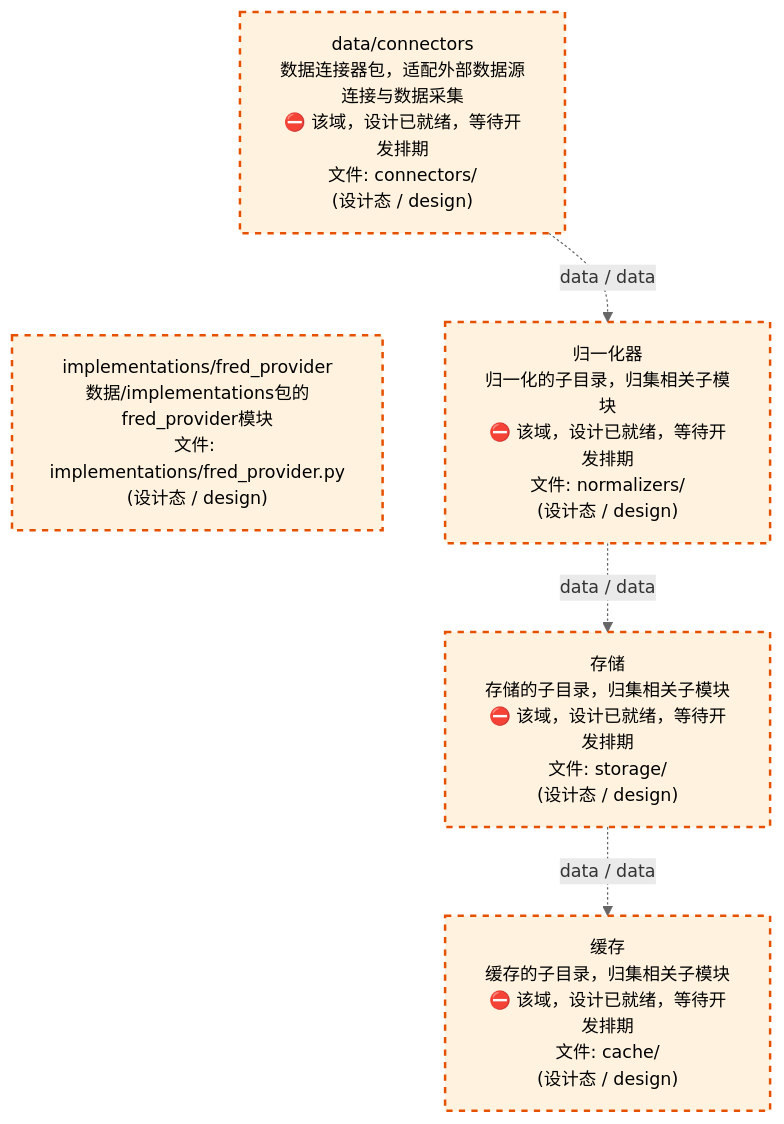
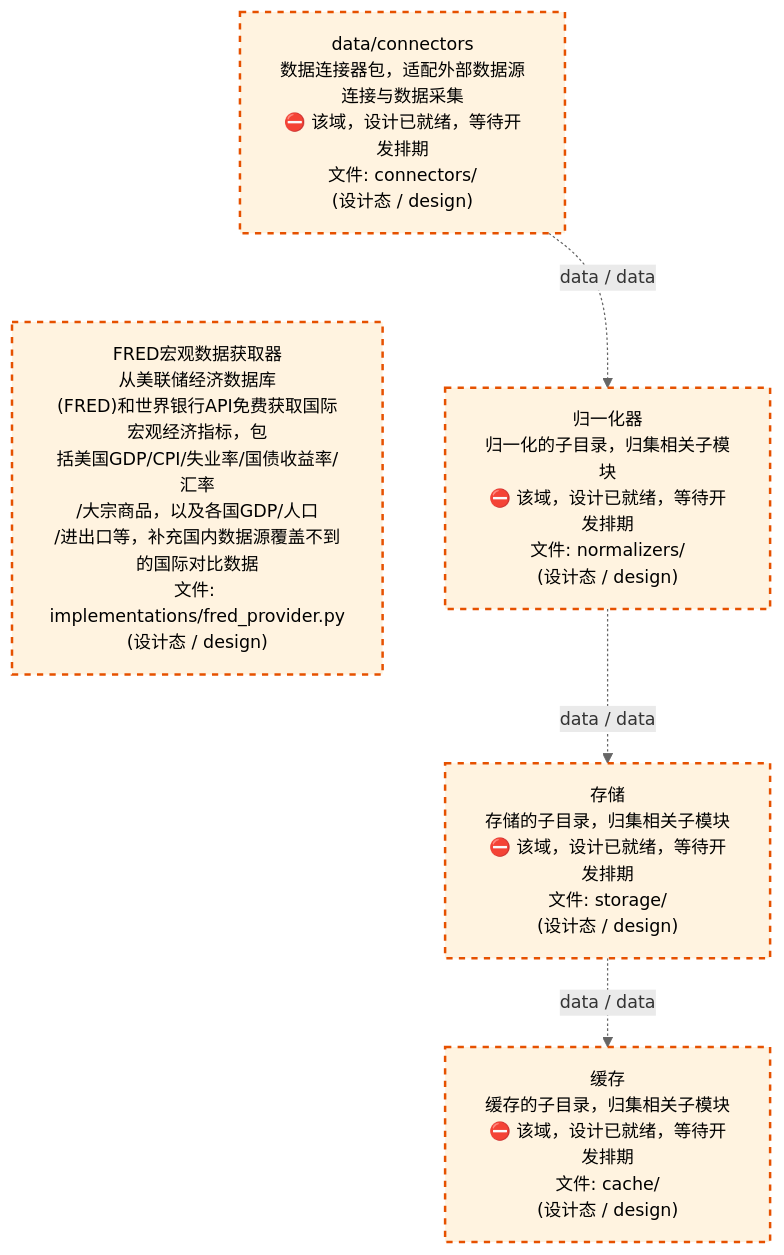
The third of 4 diagrams in docs/02_enterprise_architecture/02_domain_architecture_docs/11_d_data.md (xuanFelixVan/ZephyrAlpha), drawn with Mermaid before and after one commit. The commit also changed other lines of this file and 157 other files, not shown here.

````diff
--- a/docs/02_enterprise_architecture/02_domain_architecture_docs/11_d_data.md
+++ b/docs/02_enterprise_architecture/02_domain_architecture_docs/11_d_data.md
@@ -1330,18 +1330,18 @@
 ```mermaid
 %%{init: {'theme': 'base', 'themeVariables': {'primaryColor': '#eaeaea', 'primaryTextColor': '#333333', 'primaryBorderColor': '#666666', 'lineColor': '#666666', 'secondaryColor': '#eaeaea', 'tertiaryColor': '#eaeaea', 'fontSize': '14px'}}}%%
 flowchart TD
     src_zephyr_data_connectors["data/connectors<br/>数据连接器包，适配外部数据源连接与数据采集<br/>⛔ 该域，设计已就绪，等待开发排期<br/>文件: connectors/<br/>(设计态 / design)"]
-    src_zephyr_data_implementations_fred_provider_py["implementations/fred_provider<br/>数据/implementations包的fred_provider模块<br/>文件: implementations/fred_provider.py<br/>(设计态 / design)"]
+    src_zephyr_data_implementations_fred_provider_py["FRED宏观数据获取器<br/>从美联储经济数据库<br/>(FRED)和世界银行API免费获取国际宏观经济指标，包<br/>括美国GDP/CPI/失业率/国债收益率/汇率<br/>/大宗商品，以及各国GDP/人口<br/>/进出口等，补充国内数据源覆盖不到的国际对比数据<br/>文件: implementations/fred_provider.py<br/>(设计态 / design)"]
     src_zephyr_data_connectors ~~~ src_zephyr_data_implementations_fred_provider_py
     src_zephyr_data_normalizers["归一化器<br/>归一化的子目录，归集相关子模块<br/>⛔ 该域，设计已就绪，等待开发排期<br/>文件: normalizers/<br/>(设计态 / design)"]
     src_zephyr_data_storage["存储<br/>存储的子目录，归集相关子模块<br/>⛔ 该域，设计已就绪，等待开发排期<br/>文件: storage/<br/>(设计态 / design)"]
     src_zephyr_data_cache["缓存<br/>缓存的子目录，归集相关子模块<br/>⛔ 该域，设计已就绪，等待开发排期<br/>文件: cache/<br/>(设计态 / design)"]
     src_zephyr_data_connectors -.->|data / data| src_zephyr_data_normalizers
     src_zephyr_data_normalizers -.->|data / data| src_zephyr_data_storage
     src_zephyr_data_storage -.->|data / data| src_zephyr_data_cache
     classDef production fill:#e1f5fe,stroke:#01579b,stroke-width:2px,color:#000
     classDef design fill:#fff3e0,stroke:#e65100,stroke-width:2px,color:#000,stroke-dasharray: 5 5
     classDef external_prod fill:#e8f4fd,stroke:#0277bd,stroke-width:1px,color:#000
     classDef external_design fill:#fff8e7,stroke:#ef6c00,stroke-width:1px,color:#000,stroke-dasharray: 5 5
     class src_zephyr_data_cache,src_zephyr_data_connectors,src_zephyr_data_implementations_fred_provider_py,src_zephyr_data_normalizers,src_zephyr_data_storage design
 ```
````
